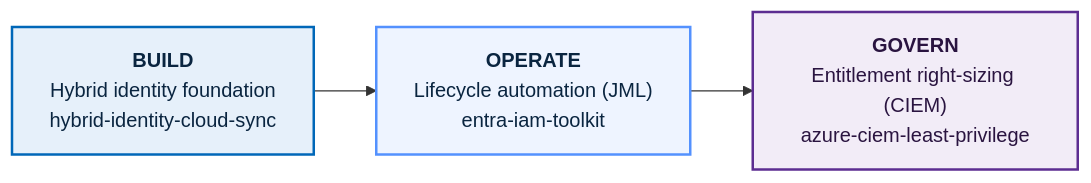
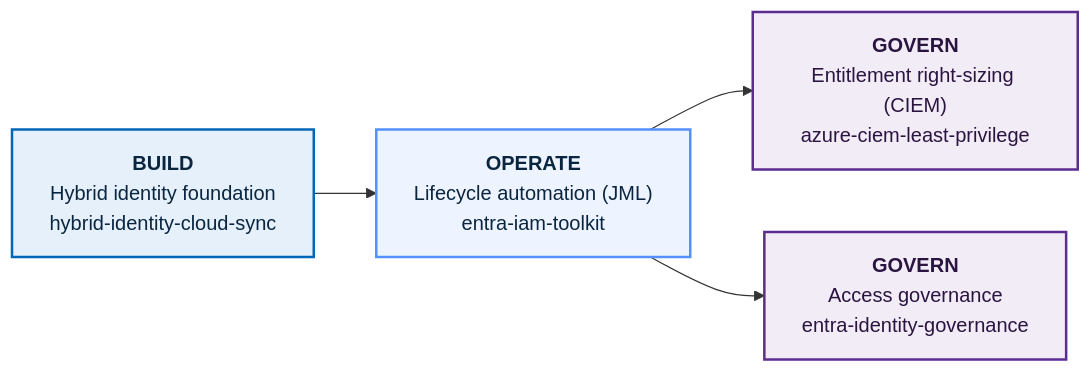
Before and after one commit to jeff6942016/entra-identity-platform: the diagram in README.md, drawn with Mermaid. The commit also changed other lines of this file, not shown here.

````diff
--- a/README.md
+++ b/README.md
@@ -21,12 +22,15 @@
 ```mermaid
 flowchart LR
     BUILD["<b>BUILD</b><br/>Hybrid identity foundation<br/>hybrid-identity-cloud-sync"]
     OPERATE["<b>OPERATE</b><br/>Lifecycle automation (JML)<br/>entra-iam-toolkit"]
-    GOVERN["<b>GOVERN</b><br/>Entitlement right-sizing (CIEM)<br/>azure-ciem-least-privilege"]
+    CIEM["<b>GOVERN</b><br/>Entitlement right-sizing (CIEM)<br/>azure-ciem-least-privilege"]
+    IG["<b>GOVERN</b><br/>Access governance<br/>entra-identity-governance"]
 
-    BUILD --> OPERATE --> GOVERN
+    BUILD --> OPERATE --> CIEM
+    OPERATE --> IG
 
     style BUILD fill:#e6f0fa,stroke:#0067b8,stroke-width:2px,color:#0a2540
     style OPERATE fill:#eef4ff,stroke:#5391FE,stroke-width:2px,color:#0a2540
-    style GOVERN fill:#f2ecf7,stroke:#5C2D91,stroke-width:2px,color:#2a1440
+    style CIEM fill:#f2ecf7,stroke:#5C2D91,stroke-width:2px,color:#2a1440
+    style IG fill:#f2ecf7,stroke:#5C2D91,stroke-width:2px,color:#2a1440
 ```
````
